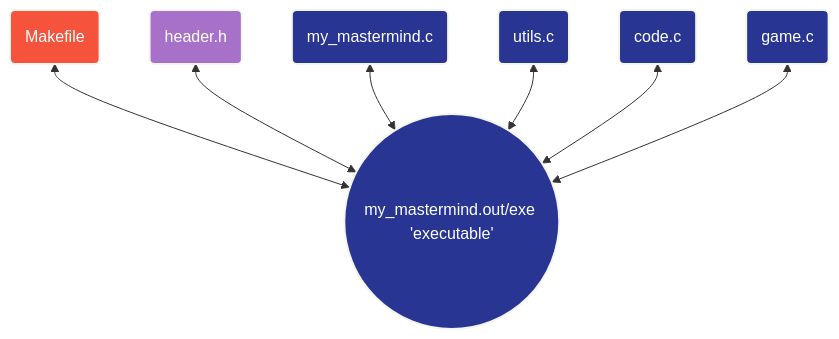
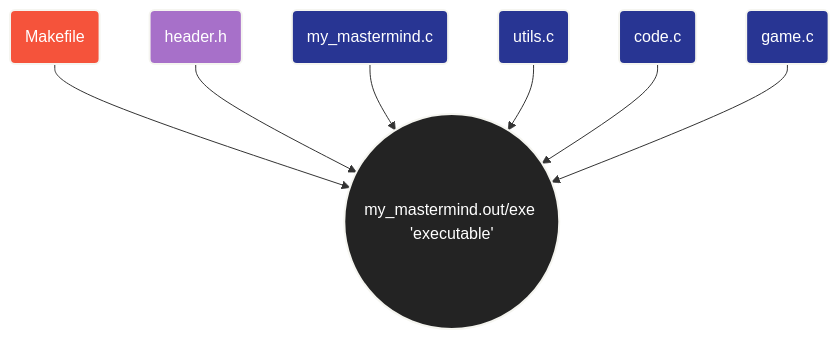
Before and after one commit to EliasFCS/Colint-School: the diagram in B1_(2026-2027)/B1_Evaluations/My_Mastermind/README.md, drawn with Mermaid.

Commit message:
Docs: README.md Update

````diff
--- a/B1_(2026-2027)/B1_Evaluations/My_Mastermind/README.md
+++ b/B1_(2026-2027)/B1_Evaluations/My_Mastermind/README.md
@@ -775,20 +775,19 @@
 ```mermaid
-flowchart BT
+flowchart TB
     Root((my_mastermind.out/exe 'executable'))
-    Root <--> B1_1(Makefile)
-    Root <--> B1_2(header.h)
-    Root <--> B1_3(my_mastermind.c)
-    Root <--> B1_4(utils.c)
-    Root <--> B1_5(code.c)
-    Root <--> B1_6(game.c)
-
+    B1_1(Makefile) --> Root
+    B1_2(header.h) --> Root
+    B1_3(my_mastermind.c) --> Root
+    B1_4(utils.c) --> Root
+    B1_5(code.c) --> Root
+    B1_6(game.c) --> Root
+    
 
     style B1_1 fill:#f5533b,stroke:#F5F5F0,stroke-width:2px,color:#fff
     style B1_2 fill:#a770c9,stroke:#F5F5F0,stroke-width:2px,color:#fff
-    style Root fill:#283593,stroke:#F5F5F0,stroke-width:2px,color:#fff
+    style Root fill:#232323,stroke:#F5F5F0,stroke-width:2px,color:#fff
     style B1_3 fill:#283593,stroke:#F5F5F0,stroke-width:2px,color:#fff
     style B1_4 fill:#283593,stroke:#F5F5F0,stroke-width:2px,color:#fff
     style B1_5 fill:#283593,stroke:#F5F5F0,stroke-width:2px,color:#fff
     style B1_6 fill:#283593,stroke:#F5F5F0,stroke-width:2px,color:#fff
-    
 ```
````
